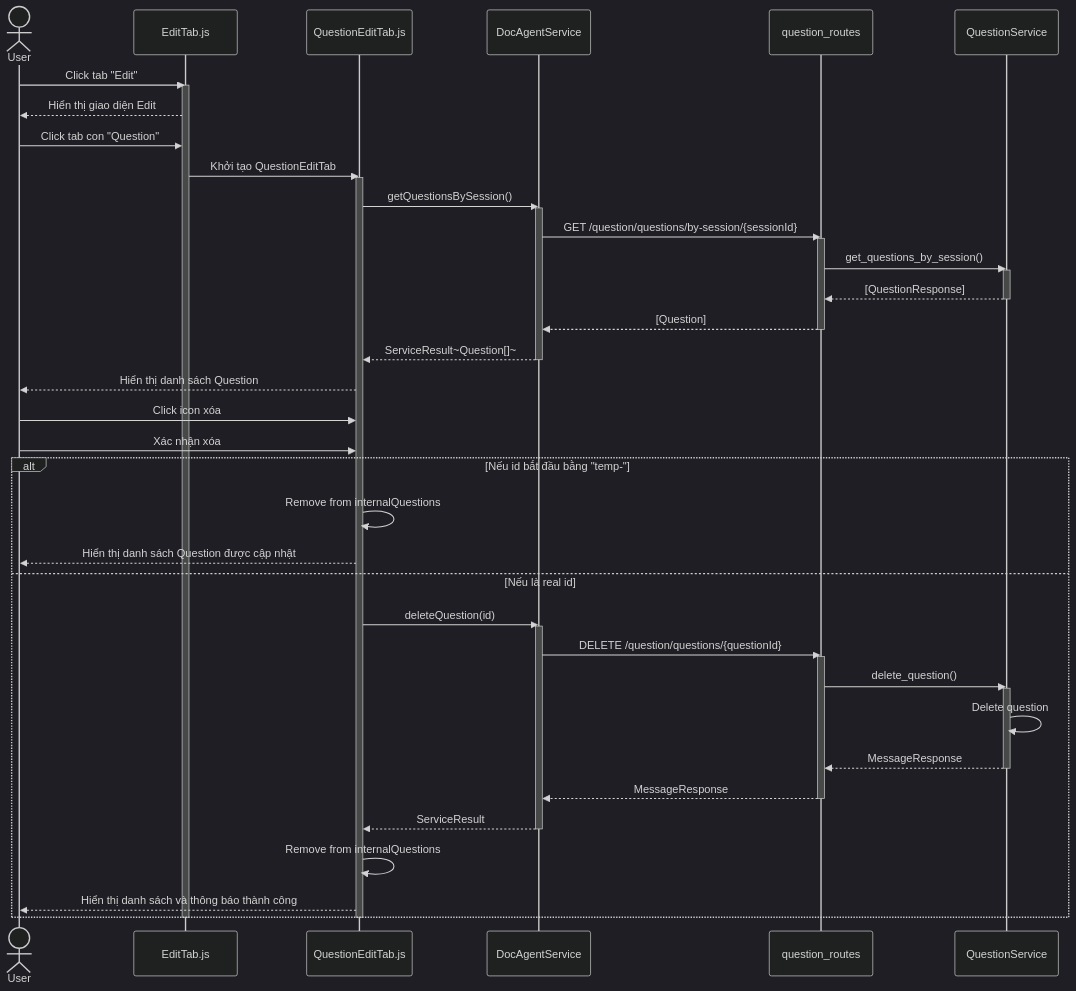
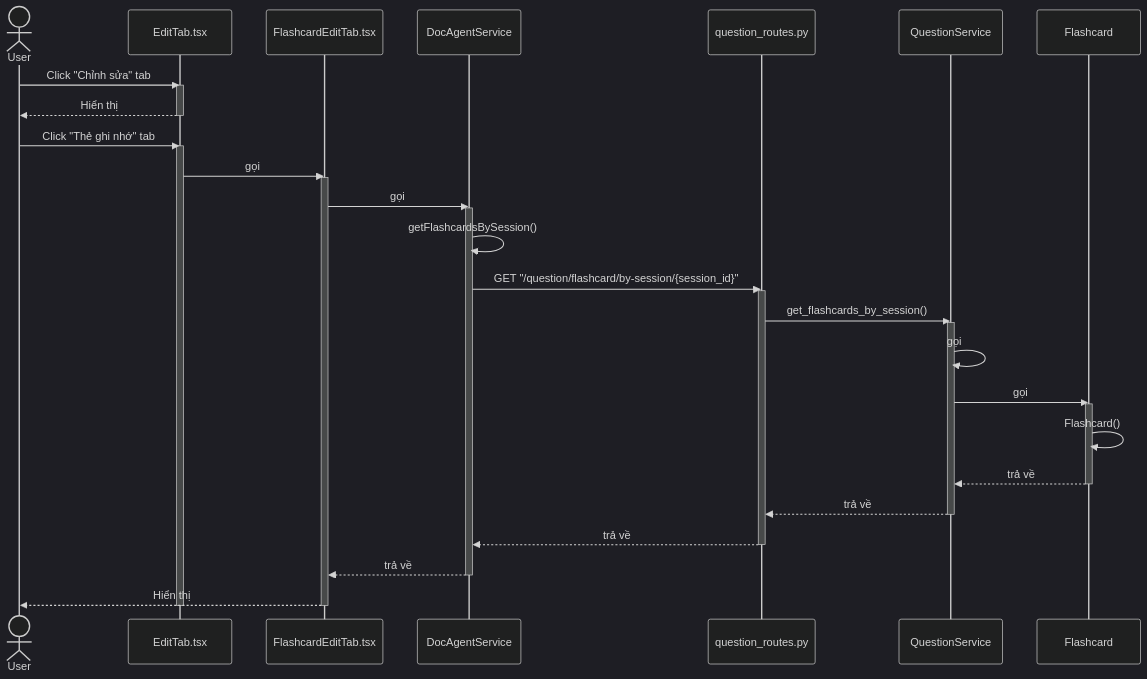
Before and after one commit to mduc-2610/gp_doc: the third of 10 diagrams in question/4_question_management_seq.md, drawn with Mermaid (dark theme). The commit also changed other lines of this file and 34 other files, not shown here.

````diff
--- a/question/4_question_management_seq.md
+++ b/question/4_question_management_seq.md
@@ -153,59 +115,52 @@
 ```mermaid
 sequenceDiagram
     actor User
-    participant EditTab as EditTab.js
-    participant QuestionEditTab as QuestionEditTab.js
+    participant EditTab as EditTab.tsx
+    participant FlashcardEditTab as FlashcardEditTab.tsx
     participant DocAgentService as DocAgentService
-    participant QuestionRoutes as question_routes
+    participant QuestionRoutes as question_routes.py
     participant QuestionService as QuestionService
+    participant Flashcard as Flashcard
 
-    User->>EditTab: Click tab "Edit"
+    User->>EditTab: Click "Chỉnh sửa" tab
     activate EditTab
-    EditTab-->>User: Hiển thị giao diện Edit
+    EditTab-->>User: Hiển thị
+    deactivate EditTab
     
-    User->>EditTab: Click tab con "Question"
-    EditTab->>QuestionEditTab: Khởi tạo QuestionEditTab
-    activate QuestionEditTab
+    User->>EditTab: Click "Thẻ ghi nhớ" tab
+    activate EditTab
     
-    QuestionEditTab->>DocAgentService: getQuestionsBySession()
+    EditTab->>FlashcardEditTab: gọi
+    activate FlashcardEditTab
+    
+    FlashcardEditTab->>DocAgentService: gọi
     activate DocAgentService
-    DocAgentService->>QuestionRoutes: GET /question/questions/by-session/{sessionId}
+    
+    DocAgentService->>DocAgentService: getFlashcardsBySession()
+    DocAgentService->>QuestionRoutes: GET "/question/flashcard/by-session/{session_id}"
     activate QuestionRoutes
-    QuestionRoutes->>QuestionService: get_questions_by_session()
+    
+    QuestionRoutes->>QuestionService: get_flashcards_by_session()
     activate QuestionService
-    QuestionService-->>QuestionRoutes: [QuestionResponse]
+    
+    QuestionService->>QuestionService: gọi
+    QuestionService->>Flashcard: gọi
+    activate Flashcard
+    
+    Flashcard->>Flashcard: Flashcard()
+    Flashcard-->>QuestionService: trả về
+    deactivate Flashcard
+    
+    QuestionService-->>QuestionRoutes: trả về
     deactivate QuestionService
-    QuestionRoutes-->>DocAgentService: [Question]
+    
+    QuestionRoutes-->>DocAgentService: trả về
     deactivate QuestionRoutes
-    DocAgentService-->>QuestionEditTab: ServiceResult~Question[]~
+    
+    DocAgentService-->>FlashcardEditTab: trả về
     deactivate DocAgentService
     
-    QuestionEditTab-->>User: Hiển thị danh sách Question
-    
-    User->>QuestionEditTab: Click icon xóa
-    User->>QuestionEditTab: Xác nhận xóa
-    
-    alt Nếu id bắt đầu bằng "temp-"
-        QuestionEditTab->>QuestionEditTab: Remove from internalQuestions
-        QuestionEditTab-->>User: Hiển thị danh sách Question được cập nhật
-    else Nếu là real id
-        QuestionEditTab->>DocAgentService: deleteQuestion(id)
-        activate DocAgentService
-        DocAgentService->>QuestionRoutes: DELETE /question/questions/{questionId}
-        activate QuestionRoutes
-        QuestionRoutes->>QuestionService: delete_question()
-        activate QuestionService
-        QuestionService->>QuestionService: Delete question
-        QuestionService-->>QuestionRoutes: MessageResponse
-        deactivate QuestionService
-        QuestionRoutes-->>DocAgentService: MessageResponse
-        deactivate QuestionRoutes
-        DocAgentService-->>QuestionEditTab: ServiceResult
-        deactivate DocAgentService
-        QuestionEditTab->>QuestionEditTab: Remove from internalQuestions
-        QuestionEditTab-->>User: Hiển thị danh sách và thông báo thành công
-    end
-    
-    deactivate QuestionEditTab
+    FlashcardEditTab-->>User: Hiển thị
+    deactivate FlashcardEditTab
     deactivate EditTab
 ```
````
